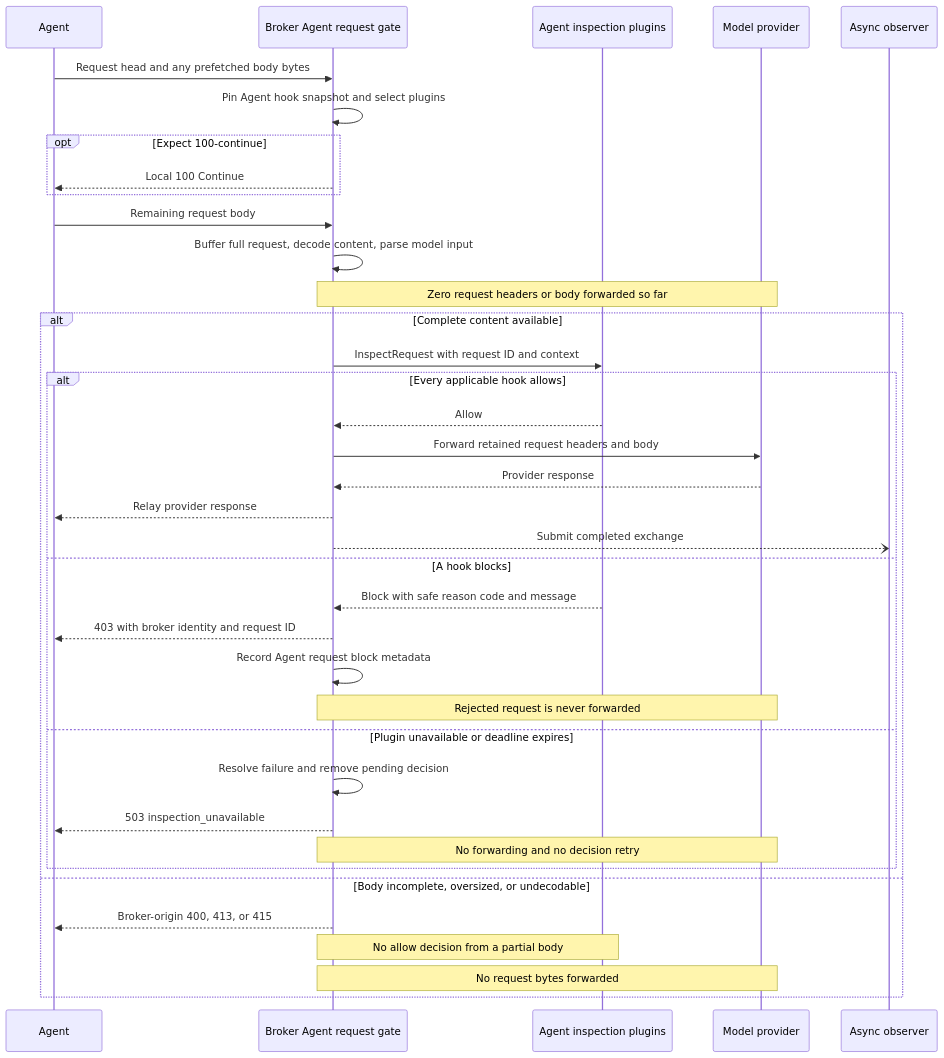
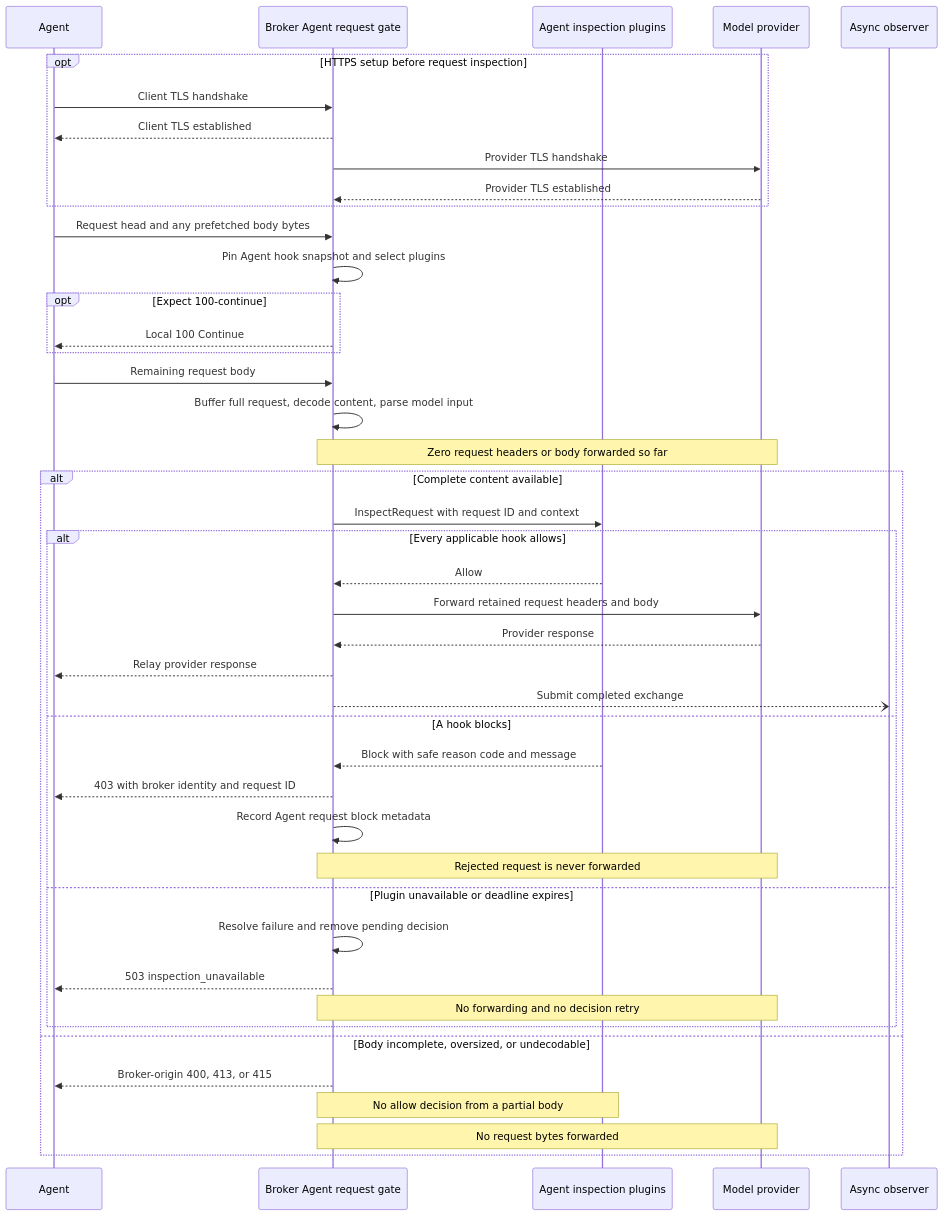
Before and after one commit to lexmount/abyss-rs: the third of 4 diagrams in docs/request-blocking-design.md, drawn with Mermaid. The commit also changed other lines of this file, not shown here.

First line of the commit message:
docs: preserve TLS handshake order

````diff
--- a/docs/request-blocking-design.md
+++ b/docs/request-blocking-design.md
@@ -324,39 +332,45 @@
 ```mermaid
 sequenceDiagram
     participant A as Agent
     participant B as Broker Agent request gate
     participant H as Agent inspection plugins
     participant P as Model provider
     participant O as Async observer
+    opt HTTPS setup before request inspection
+        A->>B: Client TLS handshake
+        B-->>A: Client TLS established
+        B->>P: Provider TLS handshake
+        P-->>B: Provider TLS established
+    end
     A->>B: Request head and any prefetched body bytes
     B->>B: Pin Agent hook snapshot and select plugins
     opt Expect 100-continue
         B-->>A: Local 100 Continue
     end
     A->>B: Remaining request body
     B->>B: Buffer full request, decode content, parse model input
     Note over B,P: Zero request headers or body forwarded so far
     alt Complete content available
         B->>H: InspectRequest with request ID and context
         alt Every applicable hook allows
             H-->>B: Allow
             B->>P: Forward retained request headers and body
             P-->>B: Provider response
             B-->>A: Relay provider response
             B--)O: Submit completed exchange
         else A hook blocks
             H-->>B: Block with safe reason code and message
             B-->>A: 403 with broker identity and request ID
             B->>B: Record Agent request block metadata
             Note over B,P: Rejected request is never forwarded
         else Plugin unavailable or deadline expires
             B->>B: Resolve failure and remove pending decision
             B-->>A: 503 inspection_unavailable
             Note over B,P: No forwarding and no decision retry
         end
     else Body incomplete, oversized, or undecodable
         B-->>A: Broker-origin 400, 413, or 415
         Note over B,H: No allow decision from a partial body
         Note over B,P: No request bytes forwarded
     end
 ```
````
